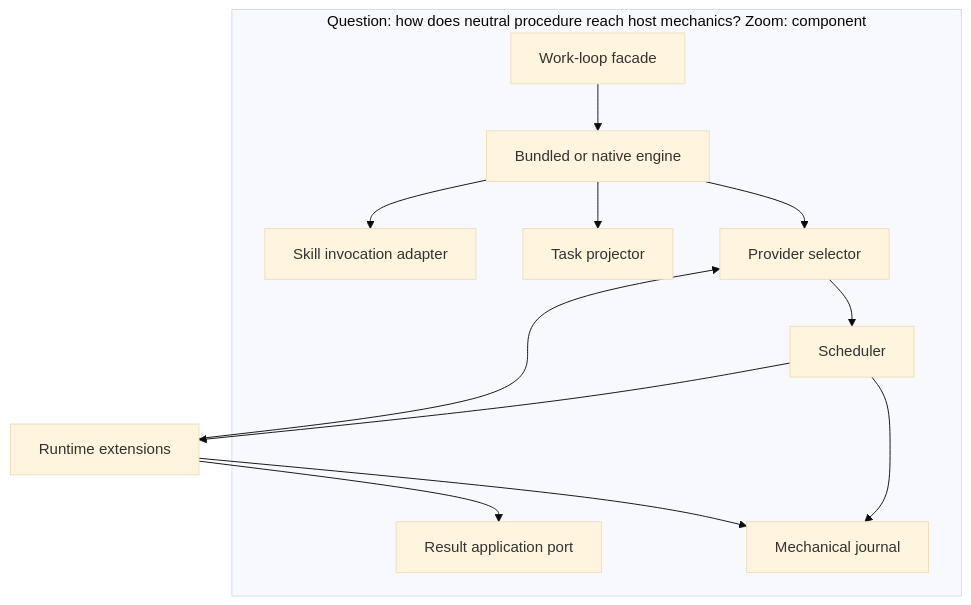
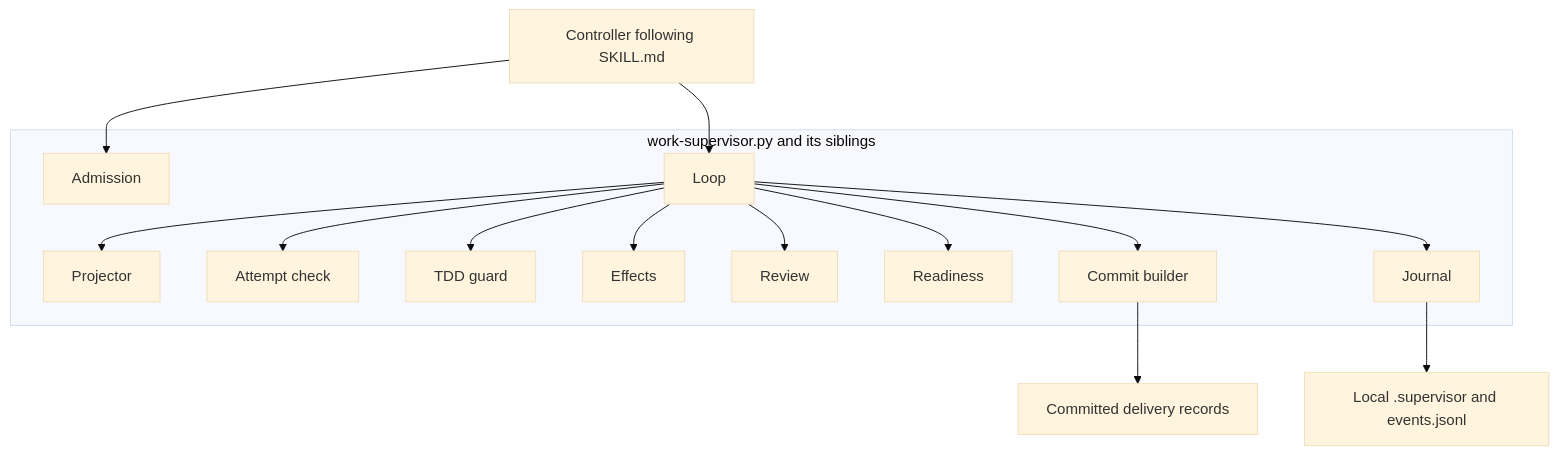
One commit to eugenelim/agent-ready-repo changed the first of 3 diagrams in docs/architecture/work-loop-execution-supervisor.md. Above: the diagram before and after it, drawn with Mermaid (base theme). The commit also changed other lines of this file and 31 other files, not shown here.

First line of the commit message:
docs(architecture): describe the shipped work-loop execution supervisor (cutover T3) (#1649)

````diff
--- a/docs/architecture/work-loop-execution-supervisor.md
+++ b/docs/architecture/work-loop-execution-supervisor.md
@@ -40,24 +80,30 @@
 ```mermaid
 flowchart TB
-    subgraph Supervisor[Question: how does neutral procedure reach host mechanics? Zoom: component]
-        Facade[Work-loop facade]
-        Engine[Bundled or native engine]
-        Skills[Skill invocation adapter]
-        Projector[Task projector]
-        Selector[Provider selector]
-        Scheduler[Scheduler]
-        Result[Result application port]
-        Journal[Mechanical journal]
+    Controller[Controller following SKILL.md]
+    subgraph Supervisor[work-supervisor.py and its siblings]
+        Admission[Admission]
+        Loop[Loop]
+        Projector[Projector]
+        Attempt[Attempt check]
+        TDD[TDD guard]
+        Effects[Effects]
+        Review[Review]
+        Readiness[Readiness]
+        Commit[Commit builder]
+        Journal[Journal]
     end
-    Adapters[Runtime extensions]
-    Facade --> Engine
-    Engine --> Skills
-    Engine --> Projector
-    Engine --> Selector
-    Adapters --> Selector
-    Selector --> Scheduler
-    Scheduler --> Adapters
-    Adapters --> Result
-    Scheduler --> Journal
-    Adapters --> Journal
+    Delivery[Committed delivery records]
+    Local[Local .supervisor and events.jsonl]
+    Controller --> Admission
+    Controller --> Loop
+    Loop --> Attempt
+    Loop --> Projector
+    Loop --> TDD
+    Loop --> Effects
+    Loop --> Review
+    Loop --> Readiness
+    Loop --> Commit
+    Commit --> Delivery
+    Loop --> Journal
+    Journal --> Local
 ```
````
